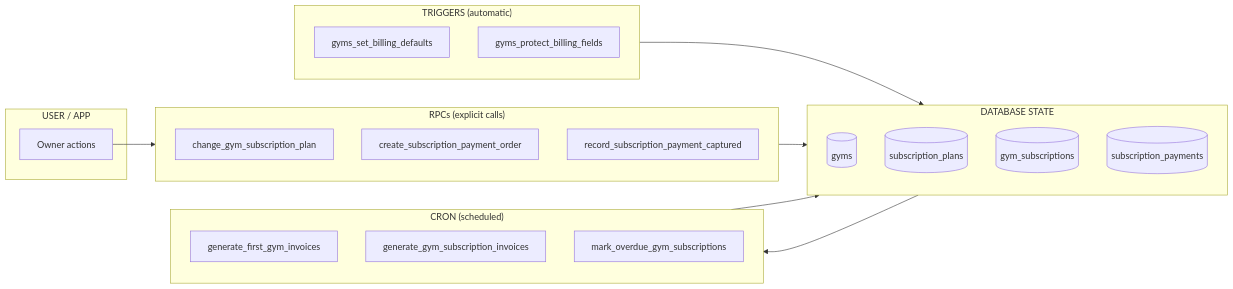
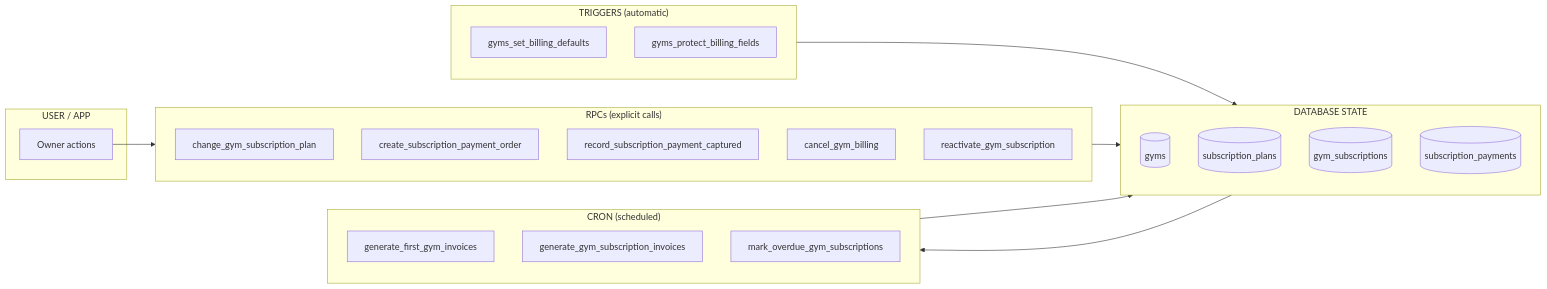
One commit to Sahil2720kumar/trackVim changed the first of 23 diagrams in SaasBilling.md. Above: the diagram before and after it, drawn with Mermaid. The commit also changed other lines of this file and 20 other files, not shown here.

````diff
--- a/SaasBilling.md
+++ b/SaasBilling.md
@@ -15,35 +15,37 @@
 ```mermaid
 flowchart LR
     subgraph Triggers["TRIGGERS (automatic)"]
         T1[gyms_set_billing_defaults]
         T2[gyms_protect_billing_fields]
     end
 
     subgraph App["USER / APP"]
         A1[Owner actions]
     end
 
     subgraph RPCs["RPCs (explicit calls)"]
         R1[change_gym_subscription_plan]
         R2[create_subscription_payment_order]
         R3[record_subscription_payment_captured]
+        R4[cancel_gym_billing]
+        R5[reactivate_gym_subscription]
     end
 
     subgraph DB["DATABASE STATE"]
         D1[(gyms)]
         D2[(subscription_plans)]
         D3[(gym_subscriptions)]
         D4[(subscription_payments)]
     end
 
     subgraph Cron["CRON (scheduled)"]
         C1[generate_first_gym_invoices]
         C2[generate_gym_subscription_invoices]
         C3[mark_overdue_gym_subscriptions]
     end
 
     Triggers --> DB
     A1 --> RPCs --> DB
     Cron --> DB
     DB --> Cron
 ```
````
